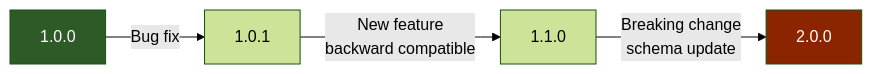
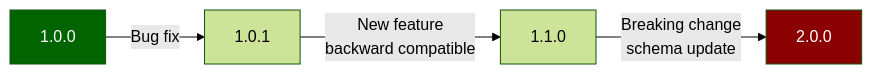
One commit to nevesb/hytale-modding-docs changed the first of 2 diagrams in src/content/docs/tutorials/advanced/mod-packaging.md. Above: the diagram before and after it, drawn with Mermaid (forest theme). The commit also changed other lines of this file and 34 other files, not shown here.

````diff
--- a/src/content/docs/tutorials/advanced/mod-packaging.md
+++ b/src/content/docs/tutorials/advanced/mod-packaging.md
@@ -118,9 +118,9 @@
 ```mermaid
-flowchart LR
+flowchart LR;
     A[1.0.0] -->|"Bug fix"| B[1.0.1]
-    B -->|"New feature<br/>backward compatible"| C[1.1.0]
-    C -->|"Breaking change<br/>schema update"| D[2.0.0]
+    B -->|"New feature<br>backward compatible"| C[1.1.0]
+    C -->|"Breaking change<br>schema update"| D[2.0.0]
 
-    style A fill:#2d5a27,color:#fff
-    style D fill:#8b2500,color:#fff
+    style A fill:darkgreen,color:white
+    style D fill:darkred,color:white
 ```
````
